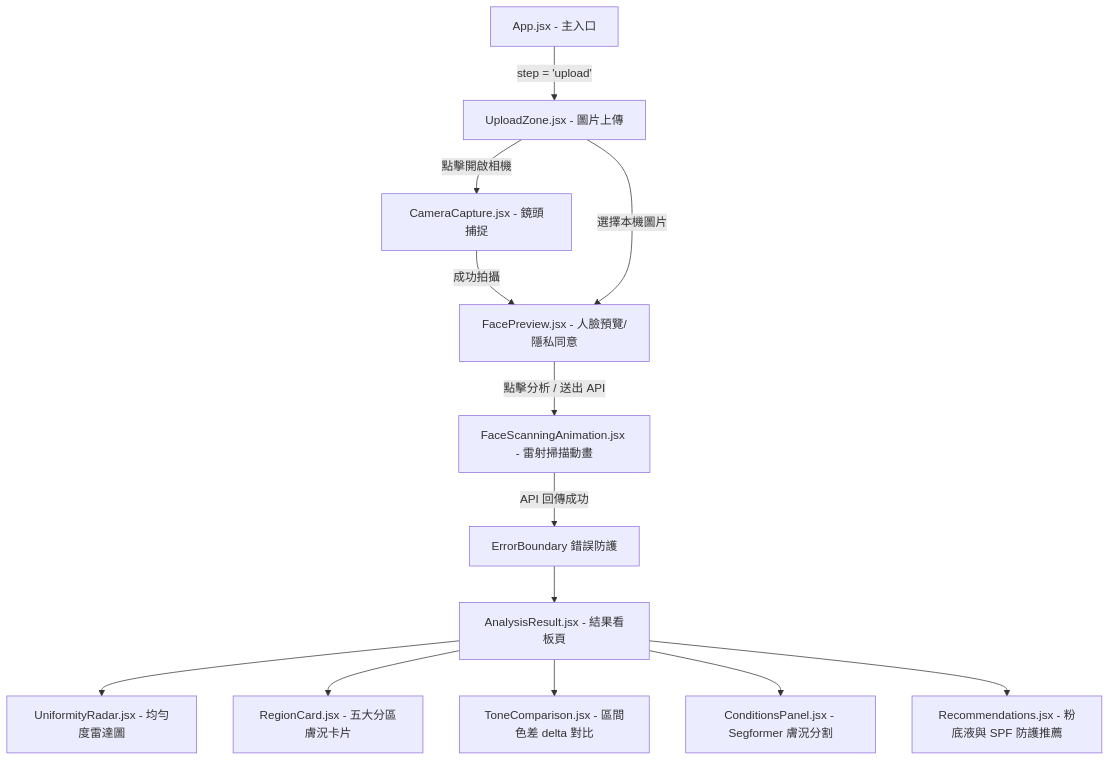
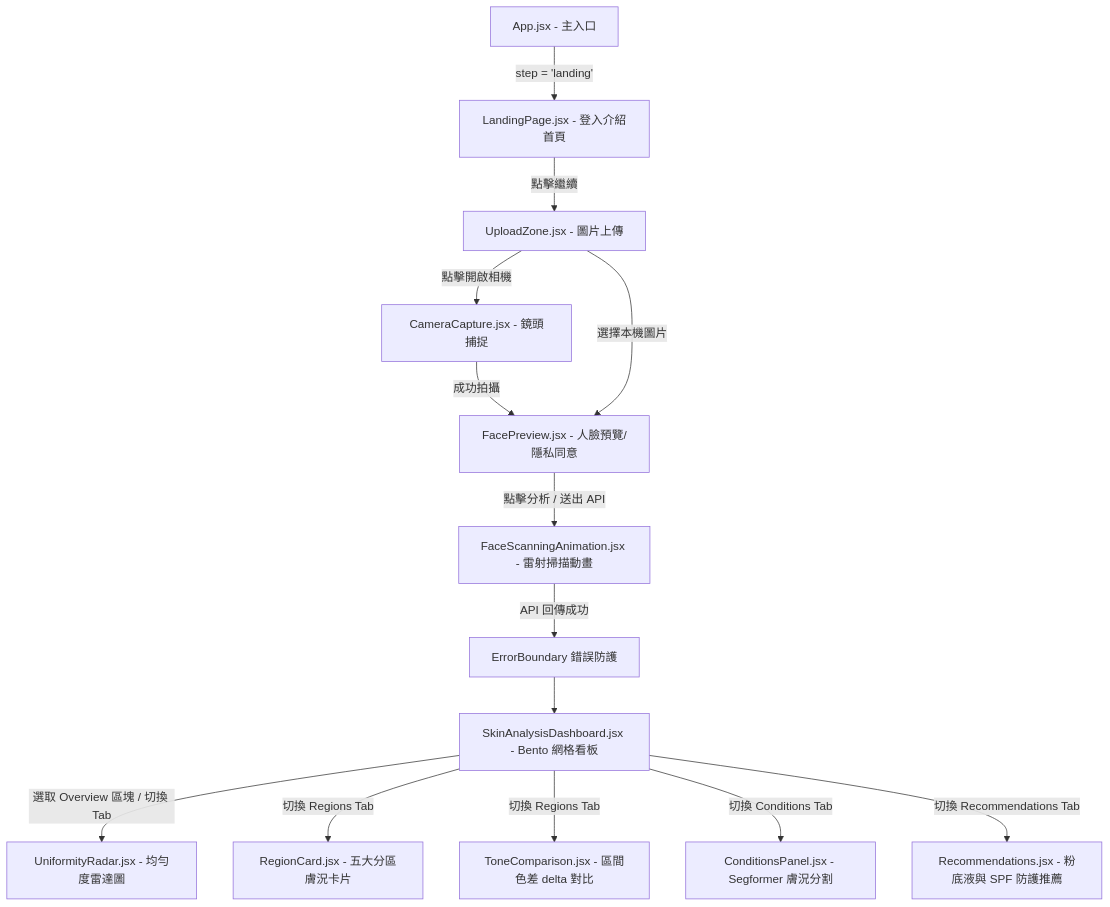
Before and after one commit to liggiaelena/Front_Lumiere: the diagram in documentation/前端結構檢查.md, drawn with Mermaid. The commit also changed other lines of this file and 3 other files, not shown here.

````diff
--- a/documentation/前端結構檢查.md
+++ b/documentation/前端結構檢查.md
@@ -78,18 +98,19 @@
 ```mermaid
 graph TD
-    App[App.jsx - 主入口] -->|step = 'upload'| UploadZone[UploadZone.jsx - 圖片上傳]
+    App[App.jsx - 主入口] -->|step = 'landing'| LandingPage[LandingPage.jsx - 登入介紹首頁]
+    LandingPage -->|點擊繼續| UploadZone[UploadZone.jsx - 圖片上傳]
     UploadZone -->|點擊開啟相機| CameraCapture[CameraCapture.jsx - 鏡頭捕捉]
     CameraCapture -->|成功拍攝| FacePreview[FacePreview.jsx - 人臉預覽/隱私同意]
     UploadZone -->|選擇本機圖片| FacePreview
     
     FacePreview -->|點擊分析 / 送出 API| FaceScanning[FaceScanningAnimation.jsx - 雷射掃描動畫]
     
     FaceScanning -->|API 回傳成功| ResultRoute[ErrorBoundary 錯誤防護]
-    ResultRoute --> AnalysisResult[AnalysisResult.jsx - 結果看板頁]
+    ResultRoute --> SkinAnalysisDashboard[SkinAnalysisDashboard.jsx - Bento 網格看板]
     
-    AnalysisResult --> UniformityRadar[UniformityRadar.jsx - 均勻度雷達圖]
-    AnalysisResult --> RegionCard[RegionCard.jsx - 五大分區膚況卡片]
-    AnalysisResult --> ToneComparison[ToneComparison.jsx - 區間色差 delta 對比]
-    AnalysisResult --> ConditionsPanel[ConditionsPanel.jsx - Segformer 膚況分割]
-    AnalysisResult --> Recommendations[Recommendations.jsx - 粉底液與 SPF 防護推薦]
+    SkinAnalysisDashboard -->|選取 Overview 區塊 / 切換 Tab| UniformityRadar[UniformityRadar.jsx - 均勻度雷達圖]
+    SkinAnalysisDashboard -->|切換 Regions Tab| RegionCard[RegionCard.jsx - 五大分區膚況卡片]
+    SkinAnalysisDashboard -->|切換 Regions Tab| ToneComparison[ToneComparison.jsx - 區間色差 delta 對比]
+    SkinAnalysisDashboard -->|切換 Conditions Tab| ConditionsPanel[ConditionsPanel.jsx - Segformer 膚況分割]
+    SkinAnalysisDashboard -->|切換 Recommendations Tab| Recommendations[Recommendations.jsx - 粉底液與 SPF 防護推薦]
 ```
````
